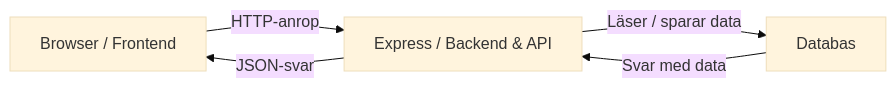
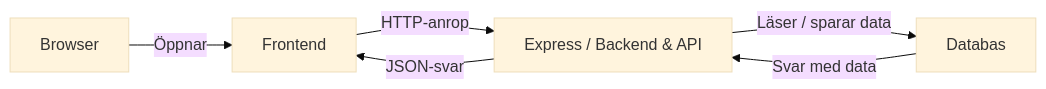
Before and after one commit to Tripl321/app-group-assignment: the diagram in applikationsbeskrivning.md, drawn with Mermaid (base theme).

Commit message:
Separate browser from frontend in the flowchart

````diff
--- a/applikationsbeskrivning.md
+++ b/applikationsbeskrivning.md
@@ -17,11 +17,13 @@
 ```mermaid
 flowchart LR
-	Browser[Browser / Frontend]
+	Browser[Browser]
+	Frontend[Frontend]
 	Server[Express / Backend & API]
 	Database[Databas]
 
-	Browser -->|HTTP-anrop| Server
+	Browser -->|Öppnar| Frontend
+	Frontend -->|HTTP-anrop| Server
 	Server -->|Läser / sparar data| Database
 	Database -->|Svar med data| Server
-	Server -->|JSON-svar| Browser
+	Server -->|JSON-svar| Frontend
 ```
````
